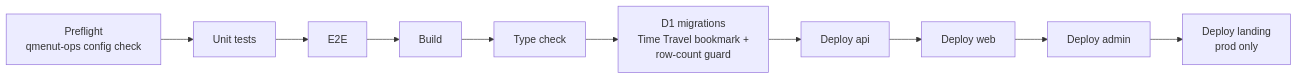
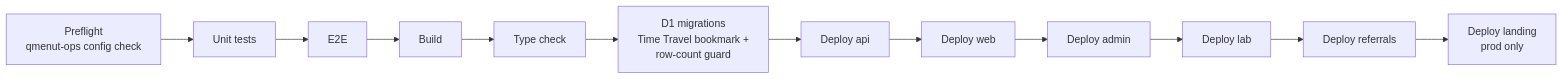
One commit to jmurga97/qmenut changed the diagram in docs/operations/deployment.md. Above: the diagram before and after it, drawn with Mermaid. The commit also changed other lines of this file and 124 other files, not shown here.

Commit message:
Add referral campaigns lab and public referrals app

````diff
--- a/docs/operations/deployment.md
+++ b/docs/operations/deployment.md
@@ -17,6 +17,6 @@
 ```mermaid
 flowchart LR
   pre[Preflight<br/>qmenut-ops config check] --> unit[Unit tests] --> e2e[E2E] --> build[Build] --> check[Type check]
   check --> mig[D1 migrations<br/>Time Travel bookmark +<br/>row-count guard]
-  mig --> api[Deploy api] --> web[Deploy web] --> admin[Deploy admin] --> landing[Deploy landing<br/>prod only]
+  mig --> api[Deploy api] --> web[Deploy web] --> admin[Deploy admin] --> lab[Deploy lab] --> referrals[Deploy referrals] --> landing[Deploy landing<br/>prod only]
 ```
````
